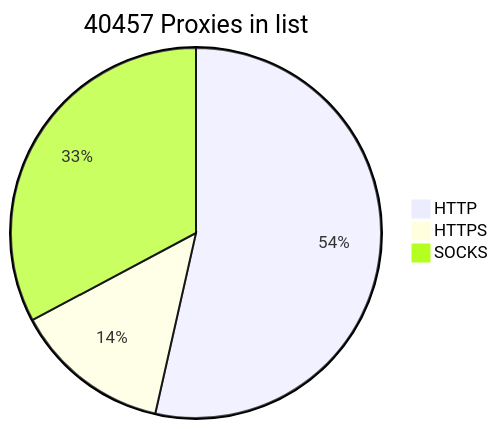
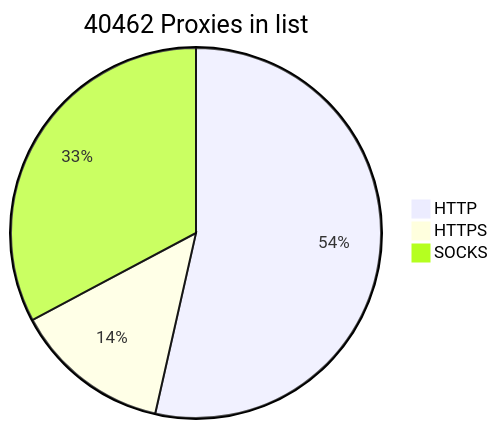
One commit to BlackSnowDot/proxylist-update-every-minute changed the diagram in README.md. Above: the diagram before and after it, drawn with Mermaid.

````diff
--- a/README.md
+++ b/README.md
@@ -2,6 +2,6 @@
 ```mermaid
-pie title 40457 Proxies in list
-    "HTTP" : 24281
+pie title 40462 Proxies in list
+    "HTTP" : 24286
     "HTTPS": 6207
     "SOCKS" : 14870
 ```
````
